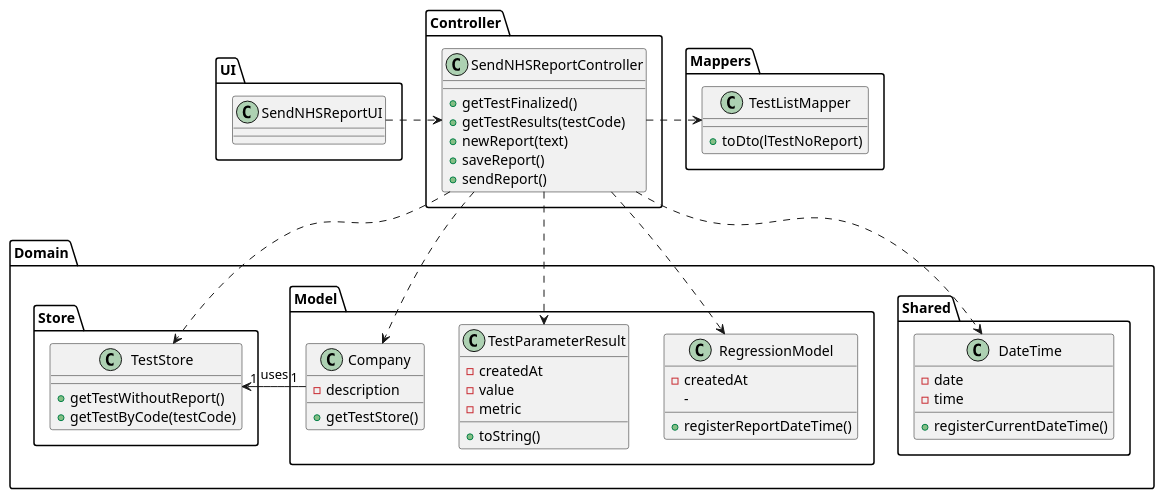
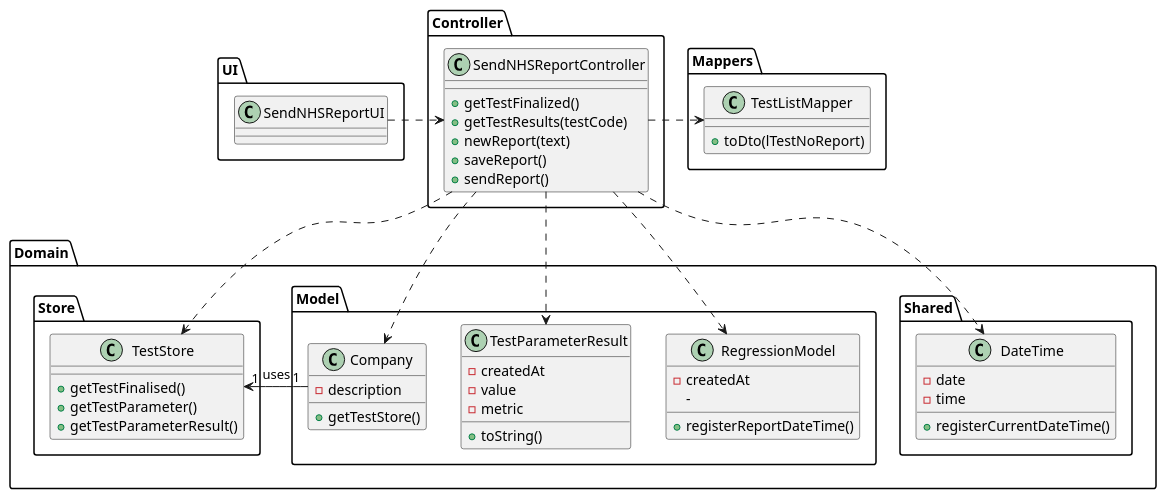
Before and after one commit to GuilhermeCunha79/lapr2: the diagram in docs/SprintD/US18/UC18_CD.puml, drawn with PlantUML. The commit also changed 12 other files, not shown here.

```diff
--- a/docs/SprintD/US18/UC18_CD.puml
+++ b/docs/SprintD/US18/UC18_CD.puml
@@ -1,70 +1,71 @@
 @startuml
 'https://plantuml.com/sequence-diagram
 
 package UI {
 class SendNHSReportUI {
 }
 }
 
 package Controller {
 class SendNHSReportController {
     +getTestFinalized()
     +getTestResults(testCode)
     +newReport(text)
     +saveReport()
     +sendReport()
 }
 }
 
 package Domain {
 package Model {
 class Company {
     -description
     +getTestStore()
 }
 
 class TestParameterResult {
     -createdAt
     -value
     -metric
     +toString()
 }
 
 class RegressionModel {
     -createdAt
     -
     +registerReportDateTime()
 }
 }
 package Store {
 class TestStore {
-    +getTestWithoutReport()
-    +getTestByCode(testCode)
+    +getTestFinalised()
+    +getTestParameter()
+    +getTestParameterResult()
 }
 }
 
 package Shared {
 class DateTime {
     -date
     -time
     +registerCurrentDateTime()
 }
 }
 }
 
 package Mappers {
 class TestListMapper {
     +toDto(lTestNoReport)
 }
 }
 
 SendNHSReportUI .right.> SendNHSReportController
 SendNHSReportController ..> Company
 SendNHSReportController ..> DateTime
 SendNHSReportController ..> TestParameterResult
 SendNHSReportController ..> TestStore
 SendNHSReportController .right.> TestListMapper
 SendNHSReportController ..> RegressionModel
 Company"1" -left-> "1"TestStore : "uses"
 
 @enduml
```
